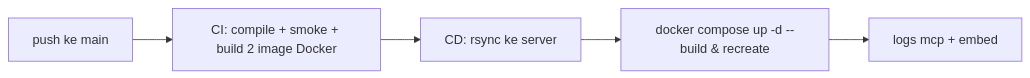
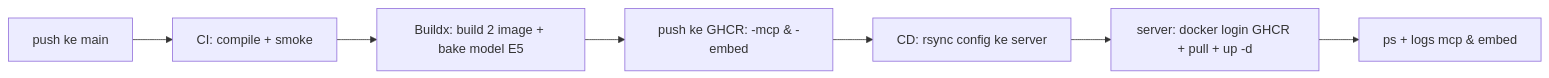
The diagram in deploy/README.md (gitnugs/TigaBeMCP), drawn with Mermaid before and after one commit. The commit also changed other lines of this file and 2 other files, not shown here.

Commit message:
ci(cd): build image di GitHub Actions (bake model E5) + push GHCR; server pull & up tanpa internet HF

````diff
--- a/deploy/README.md
+++ b/deploy/README.md
@@ -47,7 +52,9 @@
 ```mermaid
 flowchart LR
-    P[push ke main] --> CI[CI: compile + smoke + build 2 image Docker]
-    CI --> CD[CD: rsync ke server]
-    CD --> R[docker compose up -d --build & recreate]
-    R --> L[logs mcp + embed]
+    P[push ke main] --> CI[CI: compile + smoke]
+    CI --> B[Buildx: build 2 image + bake model E5]
+    B --> G[push ke GHCR: -mcp & -embed]
+    G --> CD[CD: rsync config ke server]
+    CD --> S[server: docker login GHCR + pull + up -d]
+    S --> L[ps + logs mcp & embed]
 ```
````
